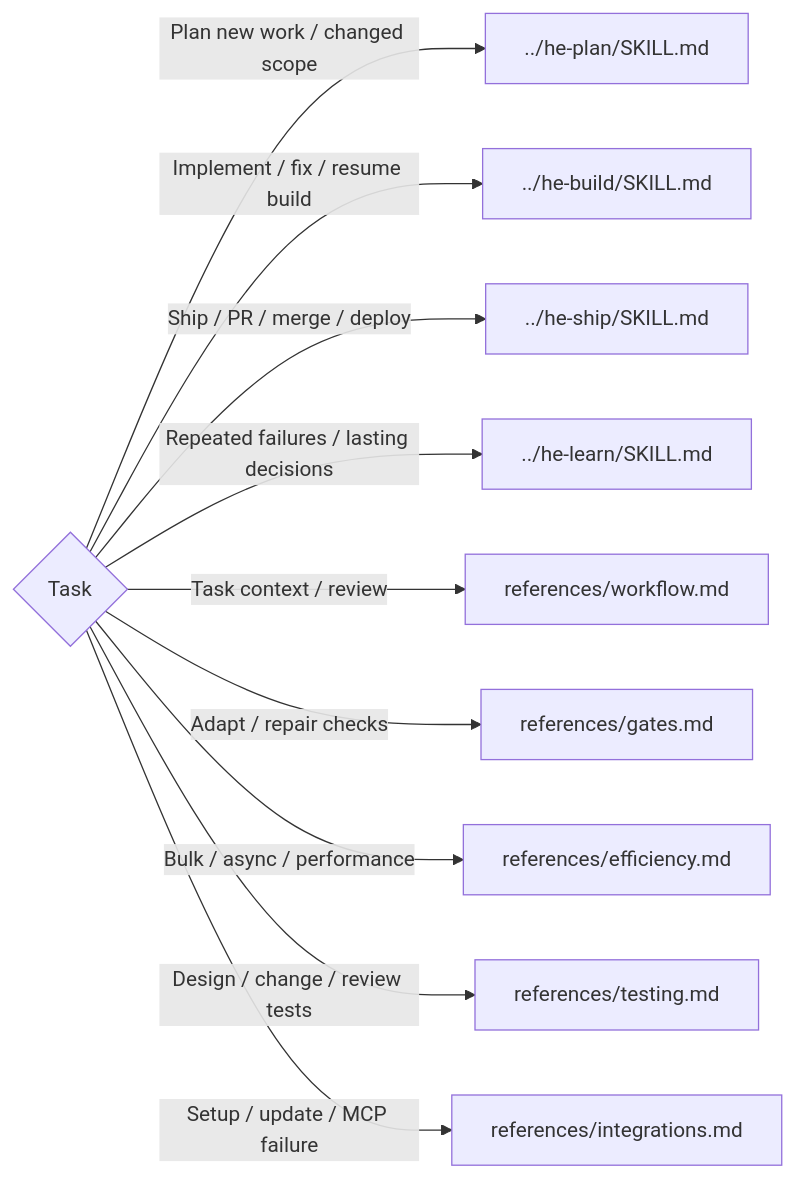
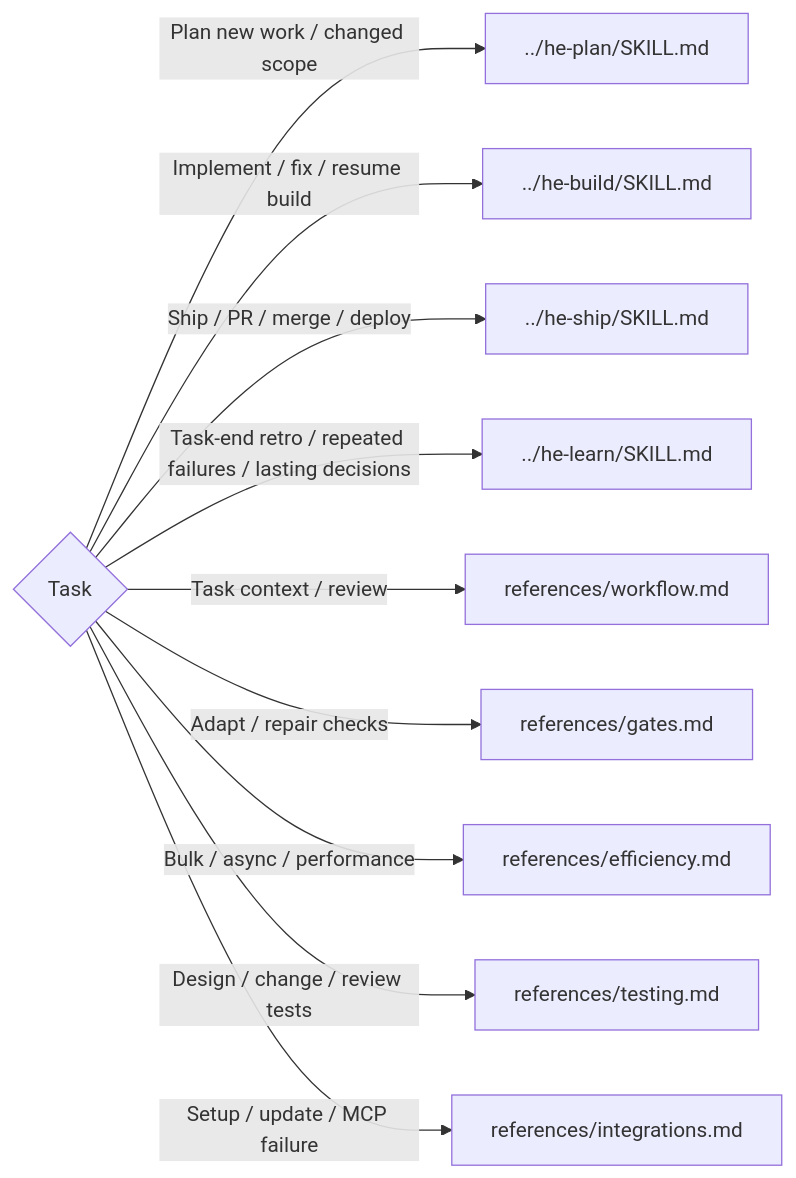
One commit to sgaabdu4/hard-eng changed the diagram in .agents/skills/he/SKILL.md. Above: the diagram before and after it, drawn with Mermaid. The commit also changed 9 other files, not shown here.

````diff
--- a/.agents/skills/he/SKILL.md
+++ b/.agents/skills/he/SKILL.md
@@ -10,21 +10,21 @@
 ```mermaid
 flowchart LR
   T{Task} -->|Plan new work / changed scope| P[../he-plan/SKILL.md]
   T -->|Implement / fix / resume build| B[../he-build/SKILL.md]
   T -->|Ship / PR / merge / deploy| S[../he-ship/SKILL.md]
-  T -->|Repeated failures / lasting decisions| L[../he-learn/SKILL.md]
+  T -->|Task-end retro / repeated failures / lasting decisions| L[../he-learn/SKILL.md]
   T -->|Task context / review| W[references/workflow.md]
   T -->|Adapt / repair checks| G[references/gates.md]
   T -->|Bulk / async / performance| E[references/efficiency.md]
   T -->|Design / change / review tests| Q[references/testing.md]
   T -->|Setup / update / MCP failure| I[references/integrations.md]
   click W "references/workflow.md"
   click P "../he-plan/SKILL.md"
   click B "../he-build/SKILL.md"
   click S "../he-ship/SKILL.md"
   click L "../he-learn/SKILL.md"
   click G "references/gates.md"
   click E "references/efficiency.md"
   click Q "references/testing.md"
   click I "references/integrations.md"
 ```
````
